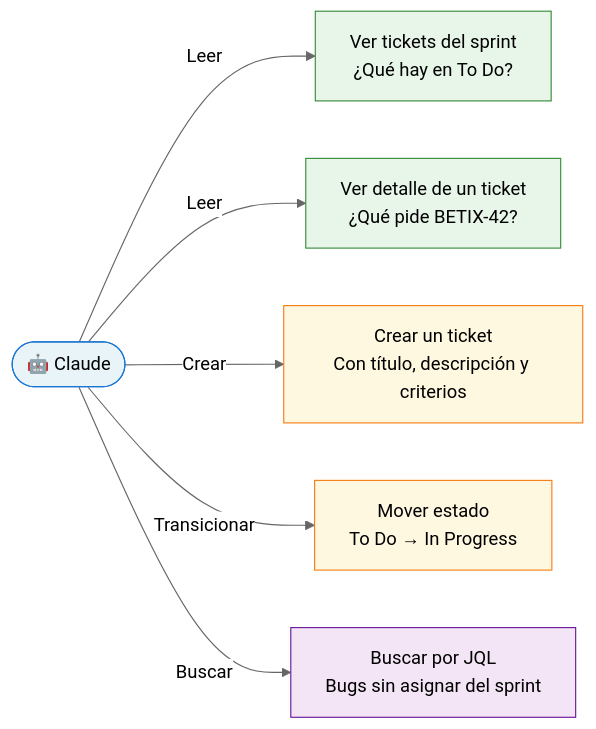
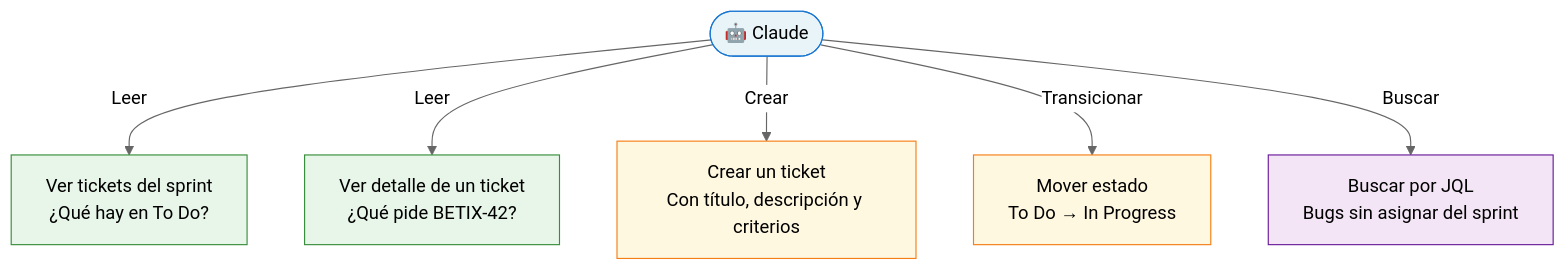
Before and after one commit to Neurus1970/betix: the first of 5 diagrams in docs/curso-entrenamiento/modulos/1.md, drawn with Mermaid (neutral theme).

Commit message:
Actualizar 1.md

````diff
--- a/docs/curso-entrenamiento/modulos/1.md
+++ b/docs/curso-entrenamiento/modulos/1.md
@@ -90,17 +90,17 @@
 ```mermaid
-graph LR
+graph
     C(["🤖 Claude"])
 
     C -->|"Leer"| T1["Ver tickets del sprint\n¿Qué hay en To Do?"]
     C -->|"Leer"| T2["Ver detalle de un ticket\n¿Qué pide BETIX-42?"]
     C -->|"Crear"| T3["Crear un ticket\nCon título, descripción y criterios"]
     C -->|"Transicionar"| T4["Mover estado\nTo Do → In Progress"]
     C -->|"Buscar"| T5["Buscar por JQL\nBugs sin asignar del sprint"]
 
     style C fill:#e8f4f8,stroke:#1976D2
     style T1 fill:#e8f5e9,stroke:#388E3C
     style T2 fill:#e8f5e9,stroke:#388E3C
     style T3 fill:#fff8e1,stroke:#F57F17
     style T4 fill:#fff8e1,stroke:#F57F17
     style T5 fill:#f3e5f5,stroke:#6A1B9A
 ```
````
